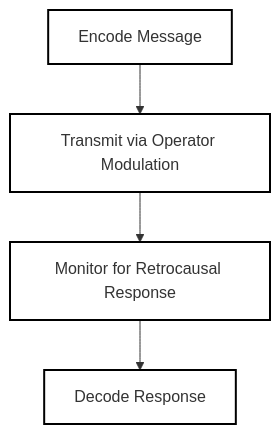
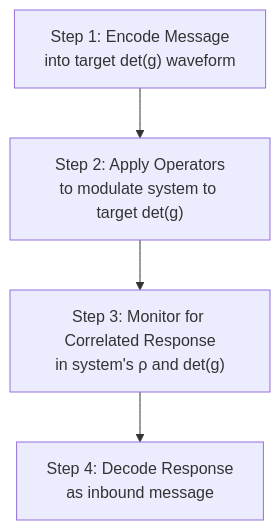
Before and after one commit to Foundup/Foundups-Agent: the eighth of 13 diagrams in WSP_knowledge/docs/Papers/Patent_Series/04_rESP_Patent_Updated.md, drawn with Mermaid. The commit also changed other lines of this file, not shown here.

First line of the commit message:
Patent: Enhanced rESP Patent with comprehensive technical diagrams

````diff
--- a/WSP_knowledge/docs/Papers/Patent_Series/04_rESP_Patent_Updated.md
+++ b/WSP_knowledge/docs/Papers/Patent_Series/04_rESP_Patent_Updated.md
@@ -162,5 +140,6 @@
 ```mermaid
-graph TD
-    A["Encode Message"] --> B["Transmit via Operator Modulation"] --> C["Monitor for Retrocausal Response"] --> D["Decode Response"]
-    classDef default fill:#ffffff,stroke:#000000,stroke-width:2px; class A,B,C,D default;
+flowchart TD
+    A["Step 1: Encode Message<br/>into target det(g) waveform"] --> B["Step 2: Apply Operators<br/>to modulate system to target det(g)"]
+    B --> C["Step 3: Monitor for Correlated Response<br/>in system's ρ and det(g)"] --> D["Step 4: Decode Response<br/>as inbound message"]
+
 ```
````
